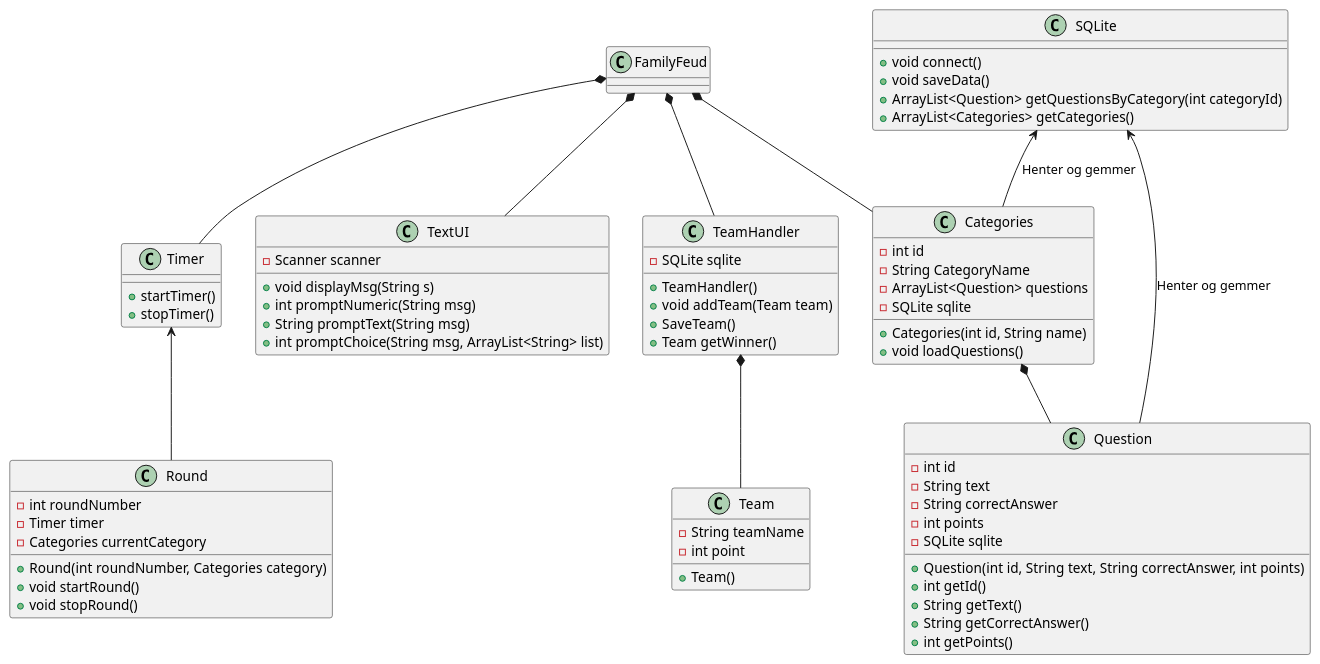
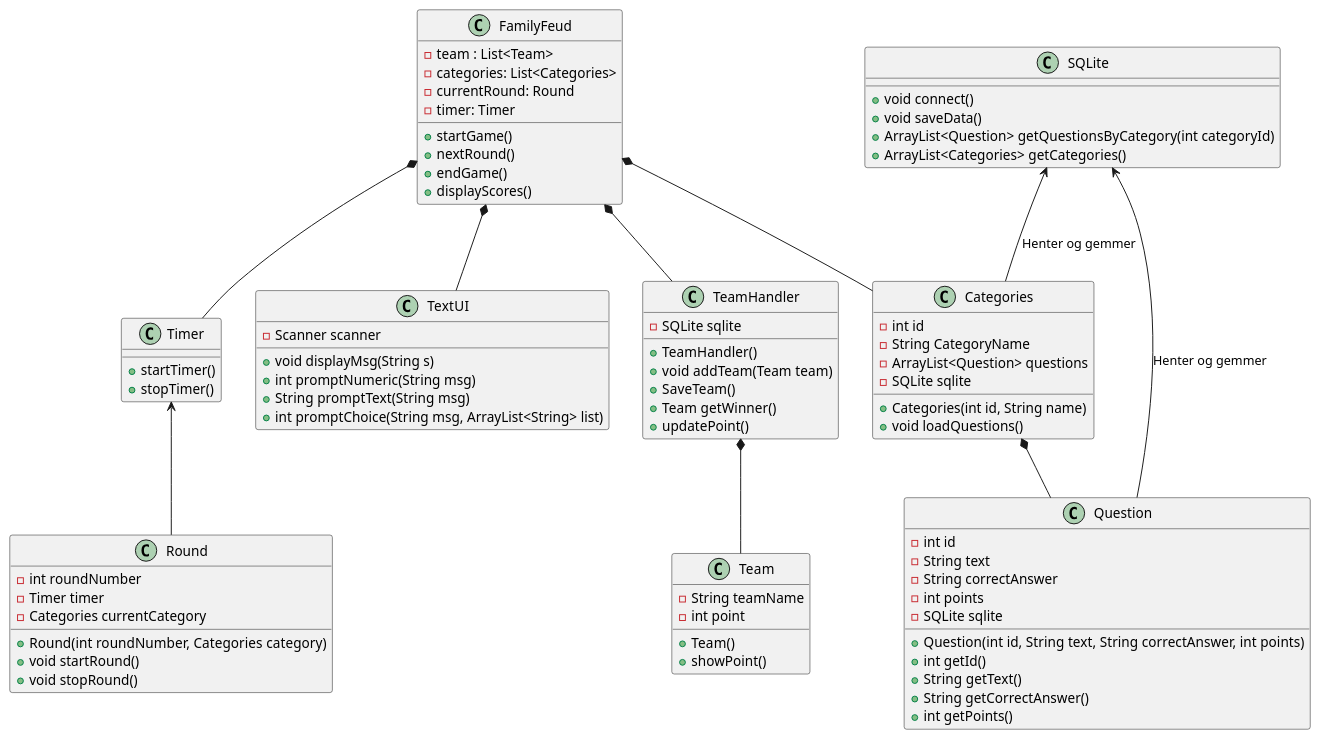
The diagram in UML/UML V1.puml (suzi558/ICE-project), drawn with PlantUML before and after one commit.

Commit message:
klassediagram

```diff
--- a/UML/UML V1.puml
+++ b/UML/UML V1.puml
@@ -1,72 +1,83 @@
 @startuml
-Class FamilyFeud
+Class FamilyFeud{
+-team : List<Team>
+-categories: List<Categories>
+-currentRound: Round
+- timer: Timer
++ startGame()
++ nextRound()
++ endGame()
++ displayScores()
+}
 Class Categories{
 -int id
 -String CategoryName
 -ArrayList<Question> questions
 -SQLite sqlite
 +Categories(int id, String name)
 + void loadQuestions()
 }
 Class Team{
 - String teamName
 -int point
 +Team()
++showPoint()
 
 }
 Class TeamHandler{
 -SQLite sqlite
 +TeamHandler()
 +void addTeam(Team team)
 +SaveTeam()
 +Team getWinner()
++updatePoint()
 }
 Class Timer{
 +startTimer()
 +stopTimer()
 }
 Class Question{
 -int id
 -String text
 -String correctAnswer
 -int points
 -SQLite sqlite
 +Question(int id, String text, String correctAnswer, int points)
 +int getId()
 +String getText()
 +String getCorrectAnswer()
 +int getPoints()
 }
 Class SQLite{
 +void connect()
 +void saveData()
 +ArrayList<Question> getQuestionsByCategory(int categoryId)
 +ArrayList<Categories> getCategories()
 }
 Class TextUI{
 - Scanner scanner
 + void displayMsg(String s)
 + int promptNumeric(String msg)
 + String promptText(String msg)
 + int promptChoice(String msg, ArrayList<String> list)
 }
 Class Round{
  -int roundNumber
   -Timer timer
   -Categories currentCategory
   +Round(int roundNumber, Categories category)
   +void startRound()
   +void stopRound()
 }
 FamilyFeud *-- Categories
 FamilyFeud *-- TeamHandler
 FamilyFeud *-- Timer
 FamilyFeud *-- TextUI
 
 Categories *-- Question
 TeamHandler *-- Team
 SQLite <-- Categories : "Henter og gemmer"
 SQLite <-- Question : "Henter og gemmer"
 Timer <-- Round
 
 @enduml
```
